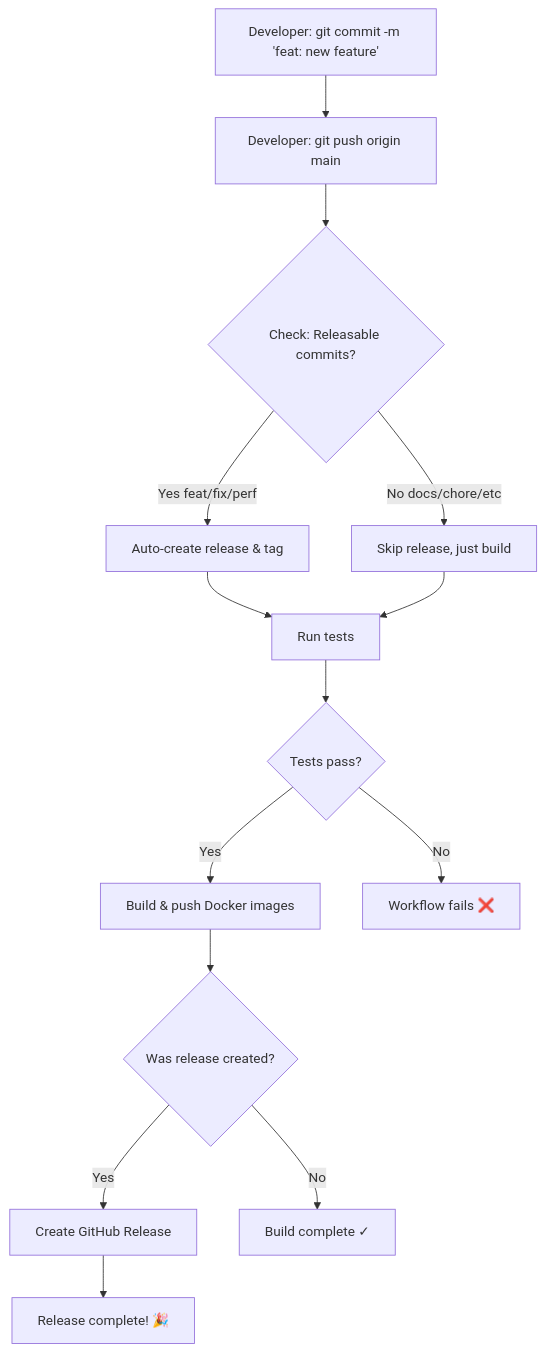
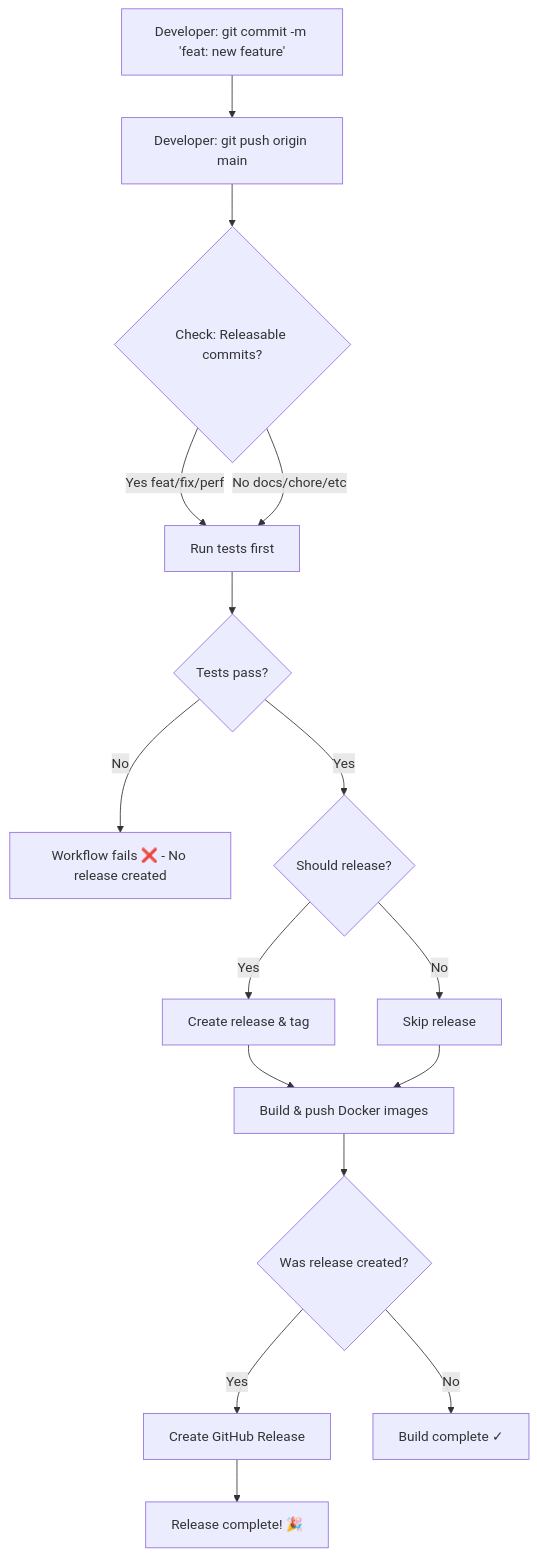
Before and after one commit to tidusjar/ShelfSeeker: the diagram in RELEASE_PROCESS.md, drawn with Mermaid. The commit also changed other lines of this file and 2 other files, not shown here.

Commit message:
fix: docker build

````diff
--- a/RELEASE_PROCESS.md
+++ b/RELEASE_PROCESS.md
@@ -202,16 +202,18 @@
 ```mermaid
 graph TD
     A[Developer: git commit -m 'feat: new feature'] --> B[Developer: git push origin main]
     B --> C{Check: Releasable commits?}
-    C -->|Yes feat/fix/perf| D[Auto-create release & tag]
-    C -->|No docs/chore/etc| E[Skip release, just build]
-    D --> F[Run tests]
-    E --> F
-    F --> G{Tests pass?}
-    G -->|Yes| H[Build & push Docker images]
-    G -->|No| I[Workflow fails ❌]
-    H --> J{Was release created?}
-    J -->|Yes| K[Create GitHub Release]
-    J -->|No| L[Build complete ✓]
-    K --> M[Release complete! 🎉]
+    C -->|Yes feat/fix/perf| D[Run tests first]
+    C -->|No docs/chore/etc| D
+    D --> E{Tests pass?}
+    E -->|No| F[Workflow fails ❌ - No release created]
+    E -->|Yes| G{Should release?}
+    G -->|Yes| H[Create release & tag]
+    G -->|No| I[Skip release]
+    H --> J[Build & push Docker images]
+    I --> J
+    J --> K{Was release created?}
+    K -->|Yes| L[Create GitHub Release]
+    K -->|No| M[Build complete ✓]
+    L --> N[Release complete! 🎉]
 ```
````
